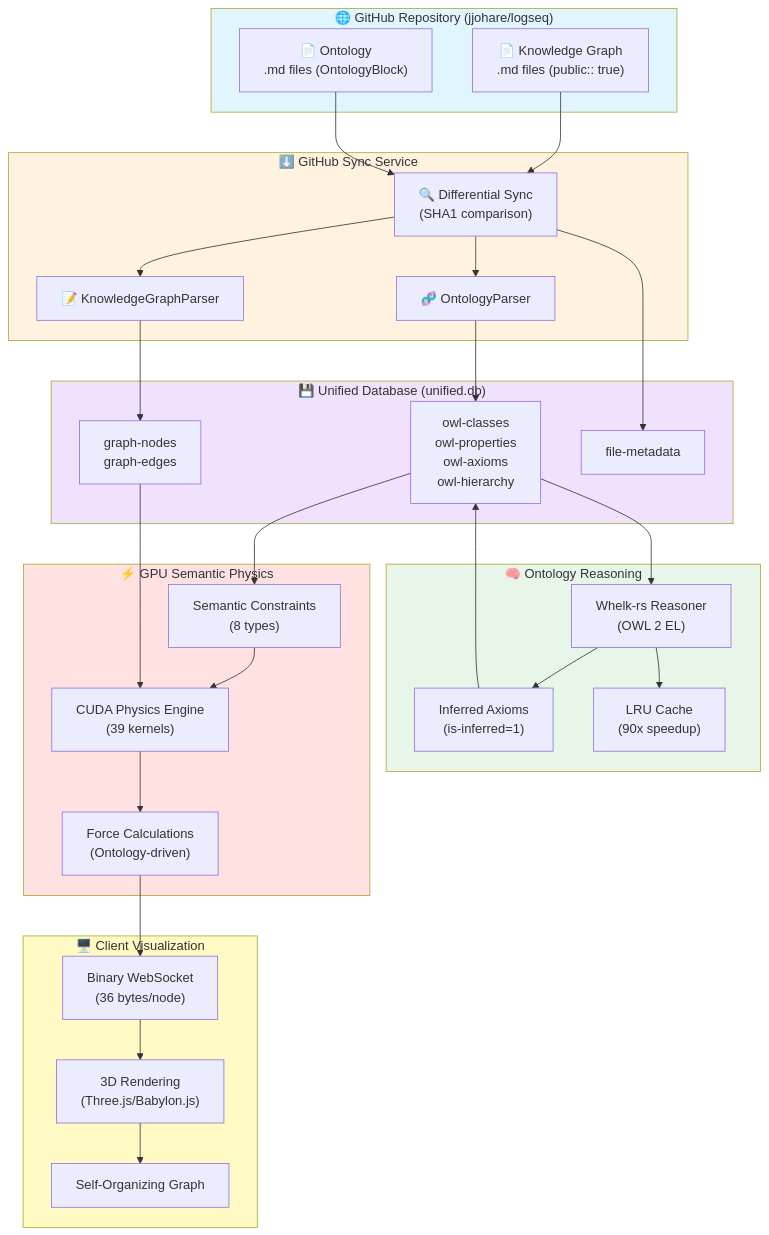
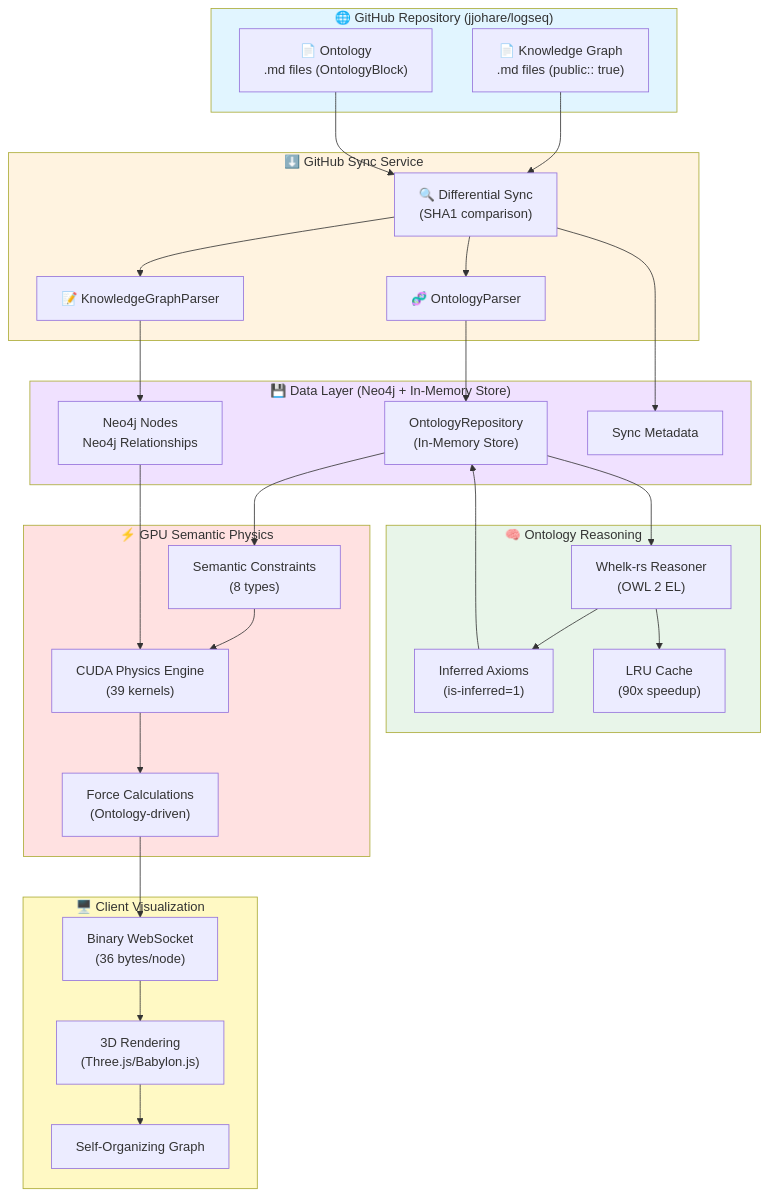
Before and after one commit to DreamLab-AI/VisionFlow: the first of 7 diagrams in docs/explanation/architecture/data-flow.md, drawn with Mermaid. The commit also changed other lines of this file and 22 other files, not shown here.

````diff
--- a/docs/explanation/architecture/data-flow.md
+++ b/docs/explanation/architecture/data-flow.md
@@ -36,66 +36,66 @@
 ```mermaid
 graph TB
     subgraph GitHub["🌐 GitHub Repository (jjohare/logseq)"]
         MD1["📄 Knowledge Graph<br>.md files (public:: true)"]
         MD2["📄 Ontology<br>.md files (OntologyBlock)"]
     end
 
     subgraph Sync["⬇️ GitHub Sync Service"]
         DIFF["🔍 Differential Sync<br>(SHA1 comparison)"]
         KGP["📝 KnowledgeGraphParser"]
         ONTOP["🧬 OntologyParser"]
     end
 
-    subgraph Database["💾 Unified Database (unified.db)"]
-        GRAPH-TABLES["graph-nodes<br>graph-edges"]
-        OWL-TABLES["owl-classes<br>owl-properties<br>owl-axioms<br>owl-hierarchy"]
-        META["file-metadata"]
+    subgraph Database["💾 Data Layer (Neo4j + In-Memory Store)"]
+        GRAPH-TABLES["Neo4j Nodes<br>Neo4j Relationships"]
+        OWL-TABLES["OntologyRepository<br>(In-Memory Store)"]
+        META["Sync Metadata"]
     end
 
     subgraph Reasoning["🧠 Ontology Reasoning"]
         WHELK["Whelk-rs Reasoner<br>(OWL 2 EL)"]
         INFER["Inferred Axioms<br>(is-inferred=1)"]
         CACHE["LRU Cache<br>(90x speedup)"]
     end
 
     subgraph Physics["⚡ GPU Semantic Physics"]
         CONSTRAINTS["Semantic Constraints<br>(8 types)"]
         CUDA["CUDA Physics Engine<br>(39 kernels)"]
         FORCES["Force Calculations<br>(Ontology-driven)"]
     end
 
     subgraph Client["🖥️ Client Visualization"]
         WS["Binary WebSocket<br>(36 bytes/node)"]
         RENDER["3D Rendering<br>(Three.js/Babylon.js)"]
         GRAPH["Self-Organizing Graph"]
     end
 
     MD1 --> DIFF
     MD2 --> DIFF
     DIFF --> KGP
     DIFF --> ONTOP
     KGP --> GRAPH-TABLES
     ONTOP --> OWL-TABLES
     DIFF --> META
 
     OWL-TABLES --> WHELK
     WHELK --> INFER
     INFER --> OWL-TABLES
     WHELK --> CACHE
 
     OWL-TABLES --> CONSTRAINTS
     CONSTRAINTS --> CUDA
     GRAPH-TABLES --> CUDA
     CUDA --> FORCES
 
     FORCES --> WS
     WS --> RENDER
     RENDER --> GRAPH
 
     style GitHub fill:#e1f5ff
     style Sync fill:#fff3e0
     style Database fill:#f0e1ff
     style Reasoning fill:#e8f5e9
     style Physics fill:#ffe1e1
     style Client fill:#fff9c4
 ```
````
